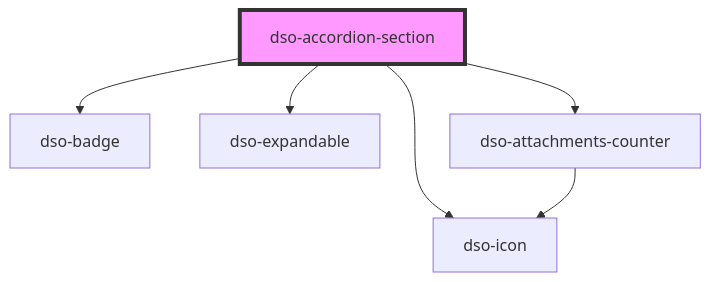
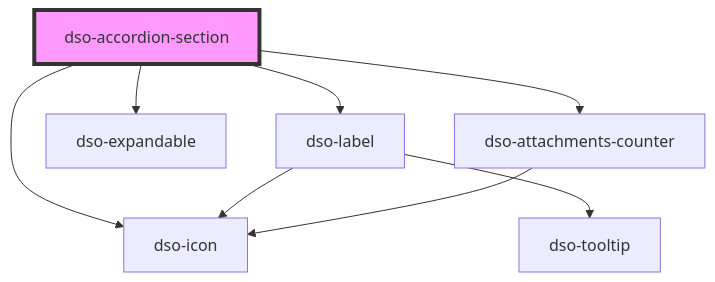
One commit to dso-toolkit/dso-toolkit changed the diagram in packages/core/src/components/accordion/components/readme.md. Above: the diagram before and after it, drawn with Mermaid. The commit also changed other lines of this file and 17 other files, not shown here.

Commit message:
#2774 [Changed] Accordion: Badge vervangen met Label

````diff
--- a/packages/core/src/components/accordion/components/readme.md
+++ b/packages/core/src/components/accordion/components/readme.md
@@ -55,9 +55,11 @@
 ```mermaid
 graph TD;
-  dso-accordion-section --> dso-badge
+  dso-accordion-section --> dso-label
   dso-accordion-section --> dso-icon
   dso-accordion-section --> dso-expandable
   dso-accordion-section --> dso-attachments-counter
+  dso-label --> dso-icon
+  dso-label --> dso-tooltip
   dso-attachments-counter --> dso-icon
   style dso-accordion-section fill:#f9f,stroke:#333,stroke-width:4px
 ```
````
